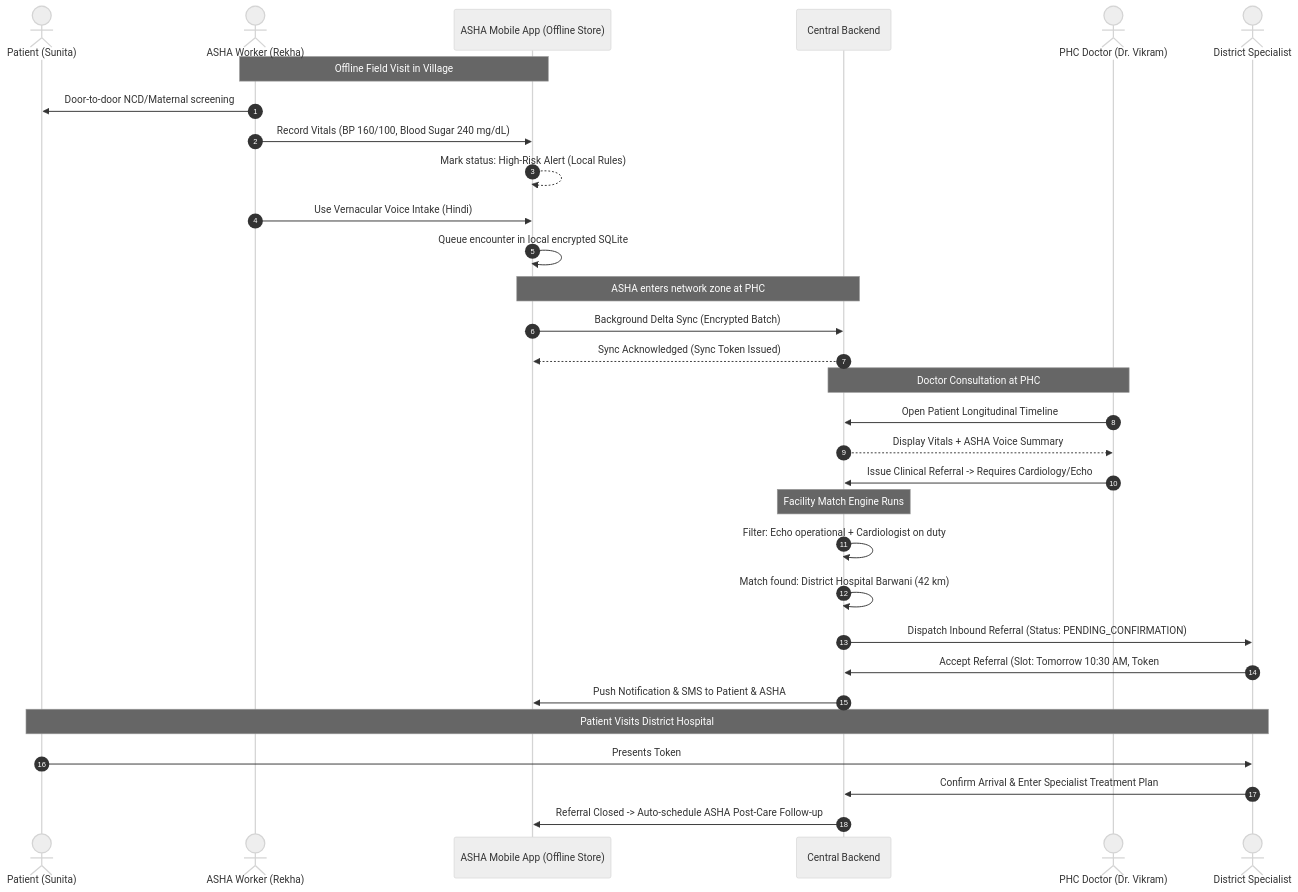
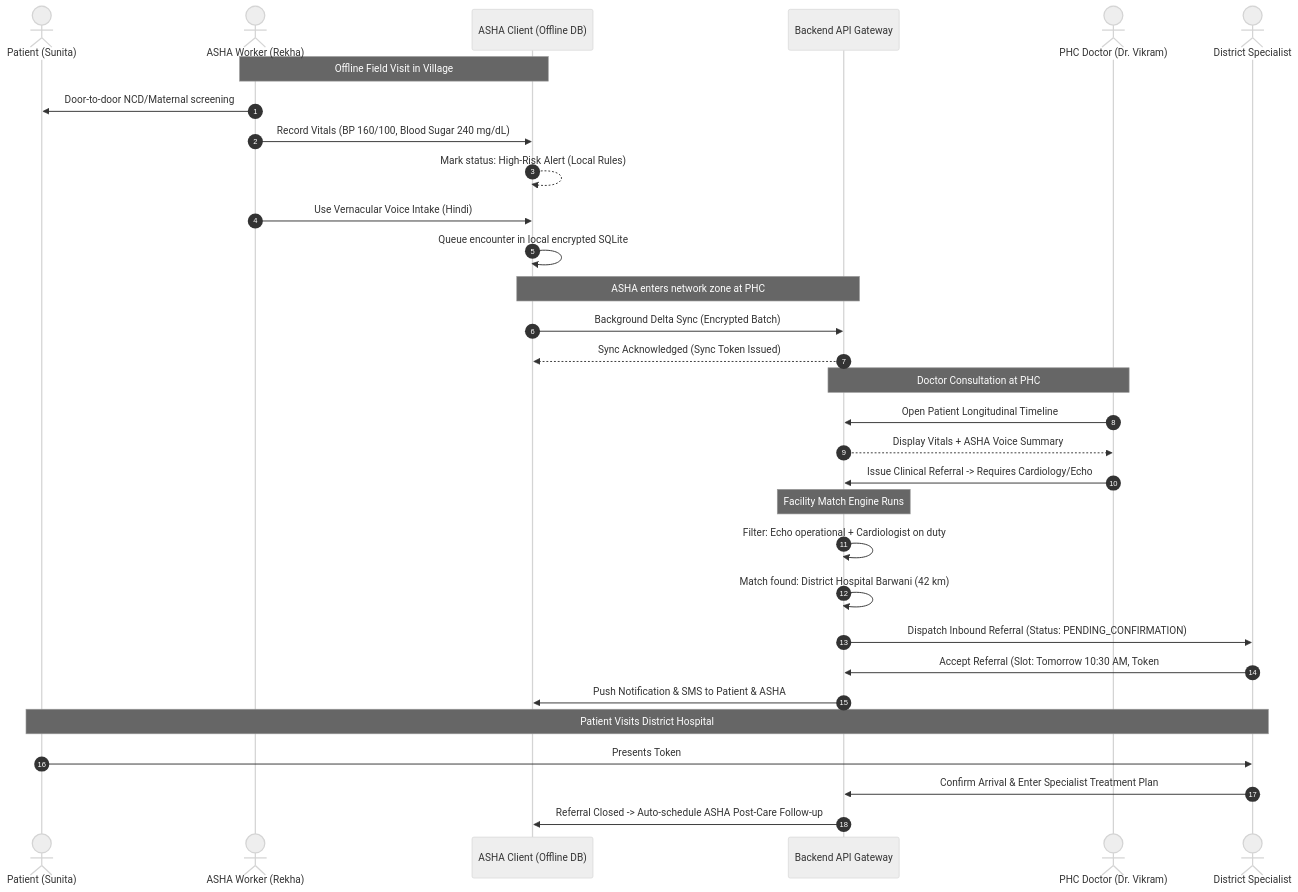
The first of 16 diagrams in MASTER_PRD_SIH26133.md (espelho-07/SIH), drawn with Mermaid (neutral theme) before and after one commit. The commit also changed other lines of this file, not shown here.

Commit message:
docs(prd): upgrade to Google-Quality 56-section Master PRD with 16 diagrams and ADRs

````diff
--- a/MASTER_PRD_SIH26133.md
+++ b/MASTER_PRD_SIH26133.md
@@ -192,38 +197,38 @@
 ```mermaid
 sequenceDiagram
     autonumber
     actor P as Patient (Sunita)
     actor A as ASHA Worker (Rekha)
-    participant C as ASHA Mobile App (Offline Store)
-    participant B as Central Backend
+    participant C as ASHA Client (Offline DB)
+    participant B as Backend API Gateway
     actor D1 as PHC Doctor (Dr. Vikram)
     actor D2 as District Specialist
 
     Note over A,C: Offline Field Visit in Village
     A->>P: Door-to-door NCD/Maternal screening
     A->>C: Record Vitals (BP 160/100, Blood Sugar 240 mg/dL)
     C-->>C: Mark status: High-Risk Alert (Local Rules)
     A->>C: Use Vernacular Voice Intake (Hindi)
     C->>C: Queue encounter in local encrypted SQLite
     
     Note over C,B: ASHA enters network zone at PHC
     C->>B: Background Delta Sync (Encrypted Batch)
     B-->>C: Sync Acknowledged (Sync Token Issued)
     
     Note over B,D1: Doctor Consultation at PHC
     D1->>B: Open Patient Longitudinal Timeline
     B-->>D1: Display Vitals + ASHA Voice Summary
     D1->>B: Issue Clinical Referral -> Requires Cardiology/Echo
     
     Note over B: Facility Match Engine Runs
     B->>B: Filter: Echo operational + Cardiologist on duty
     B->>B: Match found: District Hospital Barwani (42 km)
     B->>D2: Dispatch Inbound Referral (Status: PENDING_CONFIRMATION)
     D2->>B: Accept Referral (Slot: Tomorrow 10:30 AM, Token #DH-CARD-12)
     B->>C: Push Notification & SMS to Patient & ASHA
     
     Note over P,D2: Patient Visits District Hospital
     P->>D2: Presents Token #DH-CARD-12
     D2->>B: Confirm Arrival & Enter Specialist Treatment Plan
     B->>C: Referral Closed -> Auto-schedule ASHA Post-Care Follow-up
 ```
````
